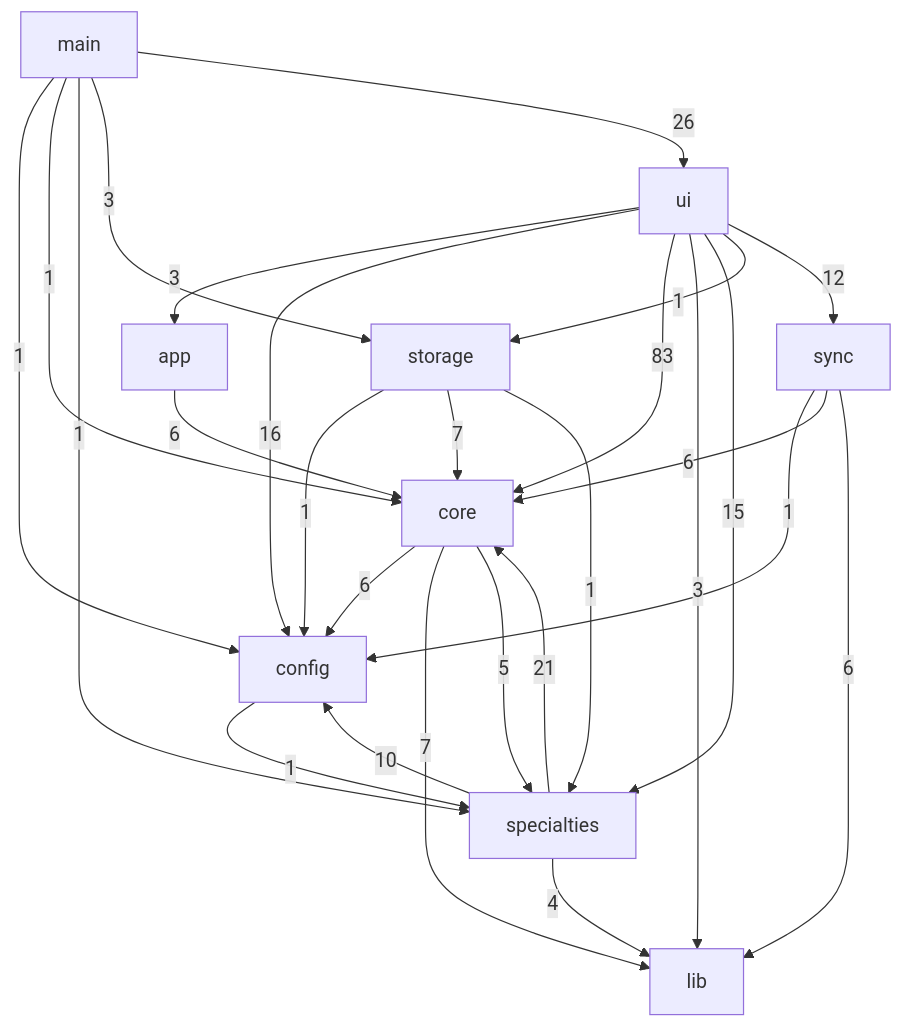
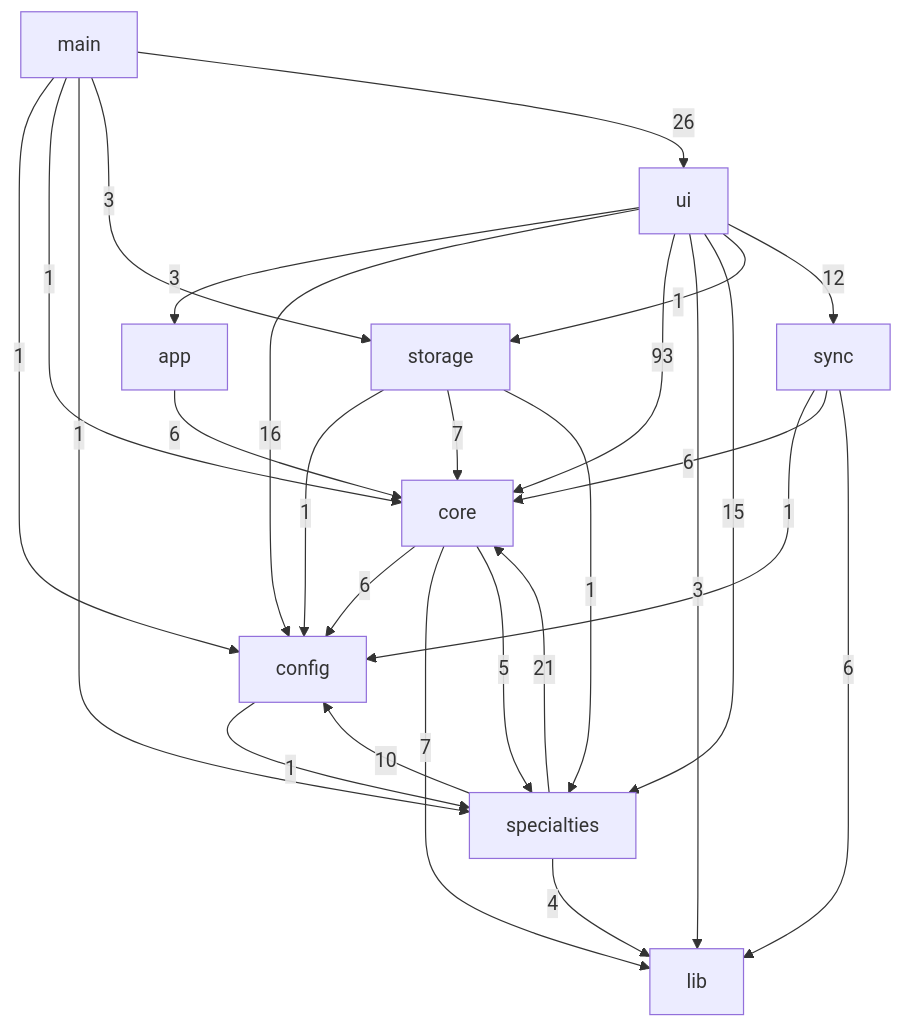
The diagram in docs/DEPENDENCIAS.md (DanielOpazoD/rondahhroftalmologia), drawn with Mermaid before and after one commit. The commit also changed other lines of this file and 40 other files, not shown here.

````diff
--- a/docs/DEPENDENCIAS.md
+++ b/docs/DEPENDENCIAS.md
@@ -27,29 +27,29 @@
 ```mermaid
 flowchart TD
   app -->|6| core
   config -->|1| specialties
   core -->|6| config
   core -->|7| lib
   core -->|5| specialties
   main -->|1| config
   main -->|1| core
   main -->|1| specialties
   main -->|3| storage
   main -->|26| ui
   specialties -->|10| config
   specialties -->|21| core
   specialties -->|4| lib
   storage -->|1| config
   storage -->|7| core
   storage -->|1| specialties
   sync -->|1| config
   sync -->|6| core
   sync -->|6| lib
   ui -->|3| app
   ui -->|16| config
-  ui -->|83| core
+  ui -->|93| core
   ui -->|3| lib
   ui -->|15| specialties
   ui -->|1| storage
   ui -->|12| sync
 ```
````
